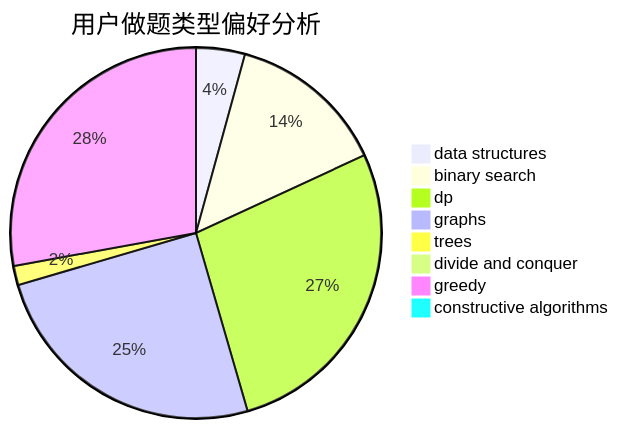
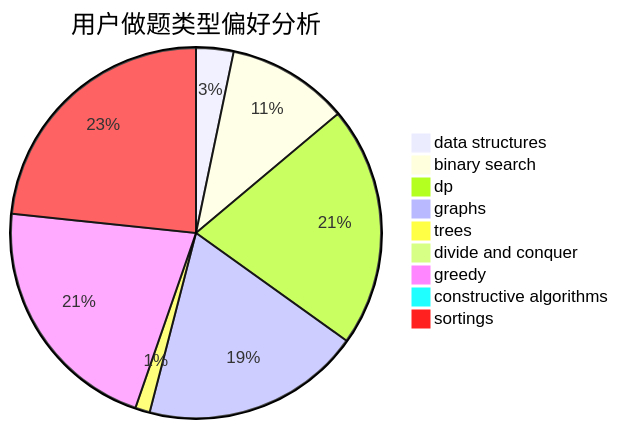
The second of 3 diagrams in docs/user/u1839.md (sherpahu/cfrs.github.io), drawn with Mermaid before and after one commit. The commit also changed other lines of this file and 2769 other files, not shown here.

````diff
--- a/docs/user/u1839.md
+++ b/docs/user/u1839.md
@@ -23,11 +18,12 @@
 ```mermaid
 pie title 用户做题类型偏好分析
     "data structures" :  28
     "binary search" :  91
     "dp" :  180
     "graphs" :  164
     "trees" :  11
     "divide and conquer" :  0
     "greedy" :  183
     "constructive algorithms" :  6
+    "sortings" :  200
 ```
````
